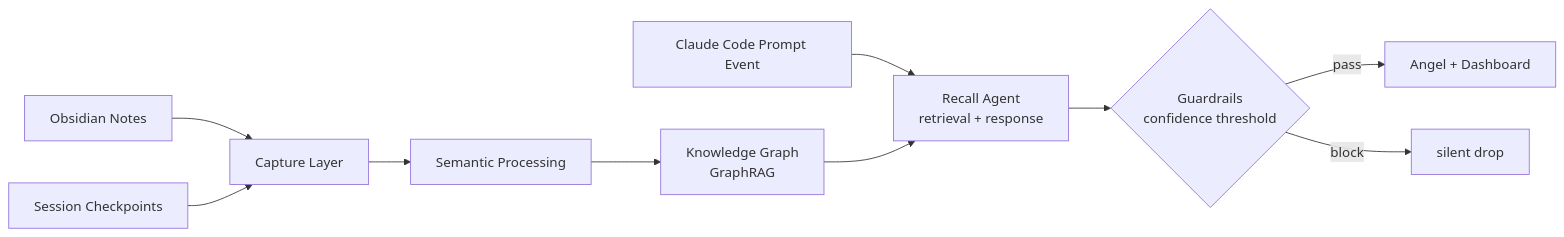
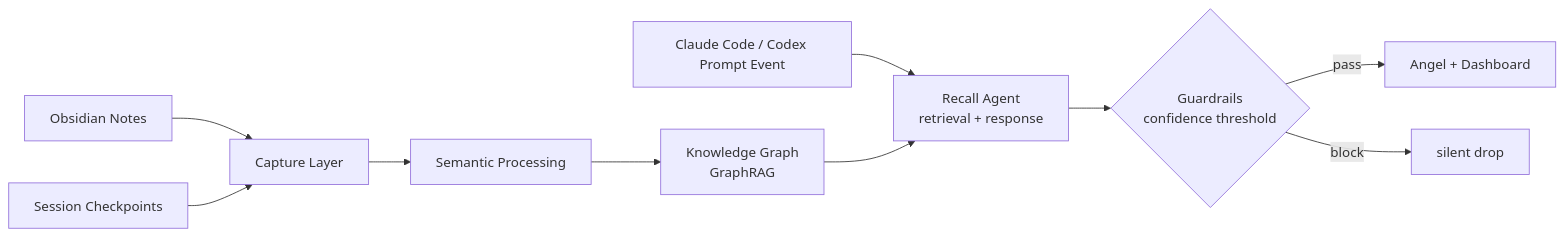
One commit to Starlight258/Guardian changed the diagram in README.md. Above: the diagram before and after it, drawn with Mermaid. The commit also changed other lines of this file, not shown here.

First line of the commit message:
docs(readme): document Codex hooks alongside Claude Code

````diff
--- a/README.md
+++ b/README.md
@@ -110,12 +134,12 @@
 ```mermaid
 flowchart LR
   A[Obsidian Notes] --> C[Capture Layer]
   B[Session Checkpoints] --> C
   C --> D[Semantic Processing]
   D --> E[Knowledge Graph\nGraphRAG]
-  P[Claude Code Prompt Event] --> F[Recall Agent\nretrieval + response]
+  P[Claude Code / Codex Prompt Event] --> F[Recall Agent\nretrieval + response]
   E --> F
   F --> H{Guardrails\nconfidence threshold}
   H -->|pass| I[Angel + Dashboard]
   H -->|block| J[silent drop]
 ```
````
